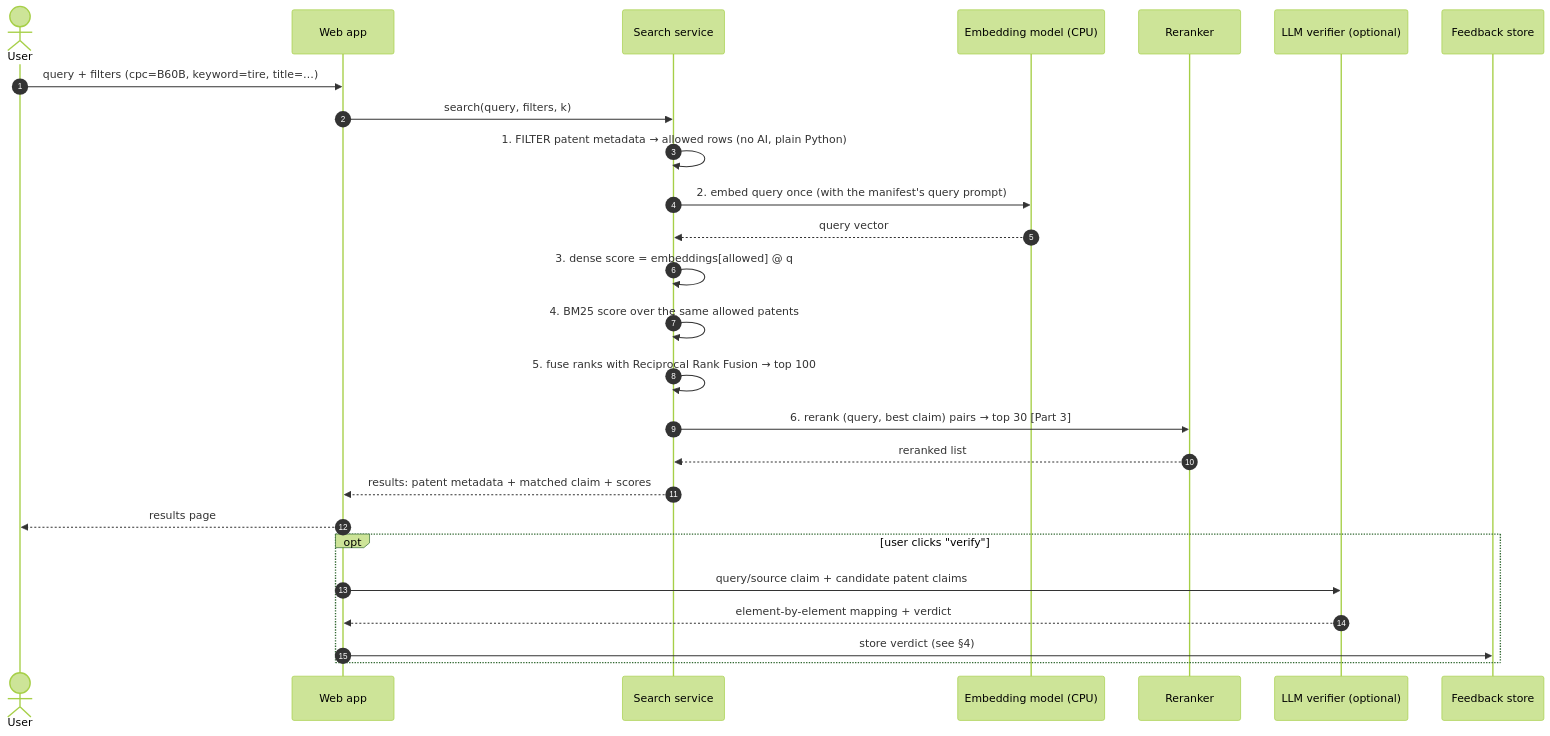
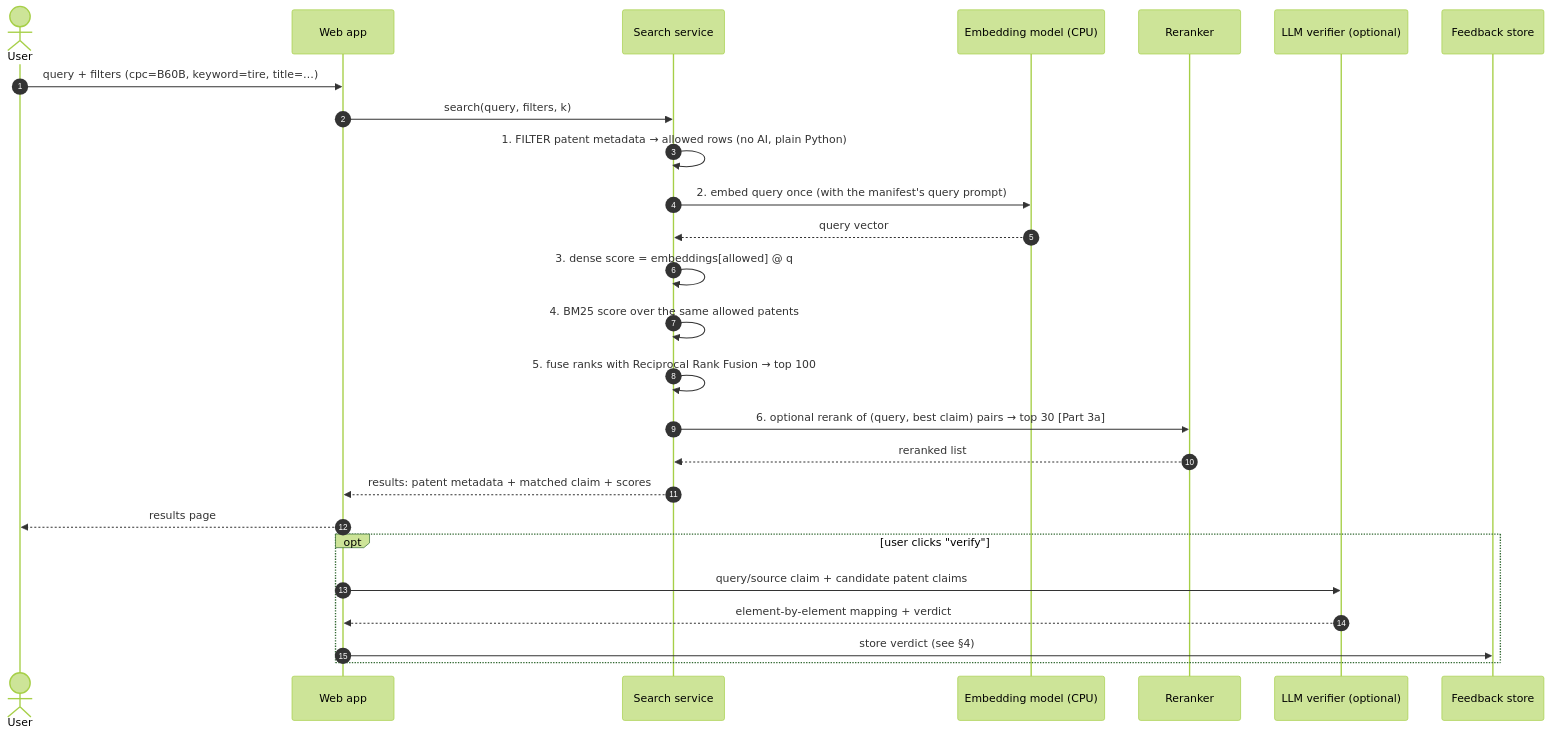
The third of 6 diagrams in ARCHITECTURE.md (AAGF470/thinkstruct), drawn with Mermaid (forest theme) before and after one commit. The commit also changed other lines of this file, not shown here.

First line of the commit message:
Bring ARCHITECTURE.md in line with the built system

````diff
--- a/ARCHITECTURE.md
+++ b/ARCHITECTURE.md
@@ -69,29 +72,29 @@
 ```mermaid
 sequenceDiagram
     autonumber
     actor U as User
     participant W as Web app
     participant S as Search service
     participant M as Embedding model (CPU)
     participant R as Reranker
     participant L as LLM verifier (optional)
     participant F as Feedback store
 
     U->>W: query + filters (cpc=B60B, keyword=tire, title=…)
     W->>S: search(query, filters, k)
     S->>S: 1. FILTER patent metadata → allowed rows (no AI, plain Python)
     S->>M: 2. embed query once (with the manifest's query prompt)
     M-->>S: query vector
     S->>S: 3. dense score = embeddings[allowed] @ q
     S->>S: 4. BM25 score over the same allowed patents
     S->>S: 5. fuse ranks with Reciprocal Rank Fusion → top 100
-    S->>R: 6. rerank (query, best claim) pairs → top 30   [Part 3]
+    S->>R: 6. optional rerank of (query, best claim) pairs → top 30 [Part 3a]
     R-->>S: reranked list
     S-->>W: results: patent metadata + matched claim + scores
     W-->>U: results page
     opt user clicks "verify"
         W->>L: query/source claim + candidate patent claims
         L-->>W: element-by-element mapping + verdict
         W->>F: store verdict (see §4)
     end
 ```
````
